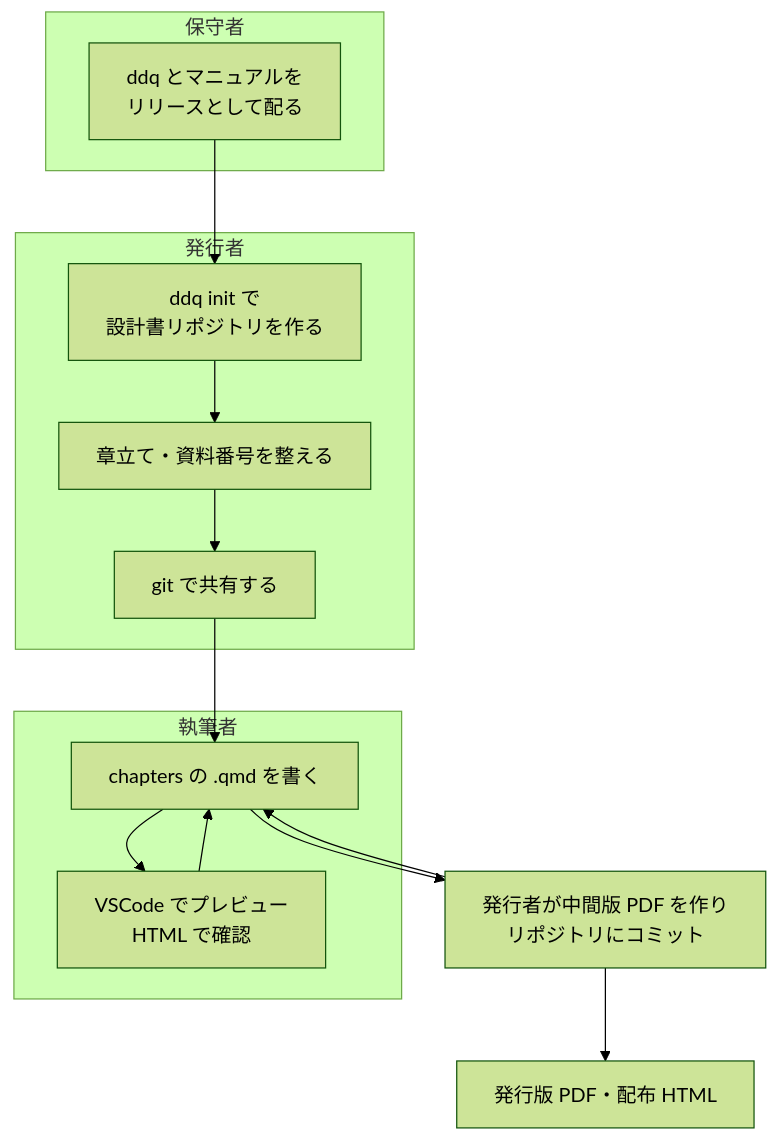
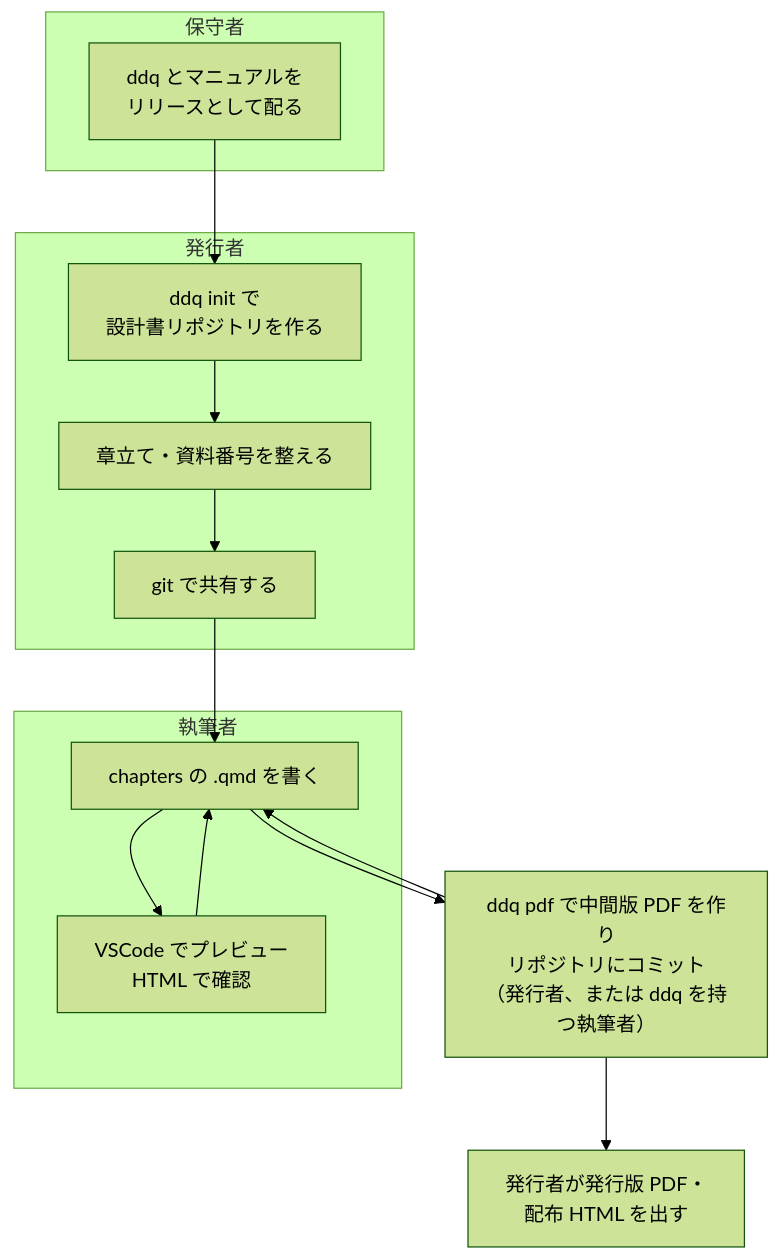
The diagram in manual/chapters/01-overview/04-flow.qmd (ramsesyok/ddq-template), drawn with Mermaid (forest theme) before and after one commit. The commit also changed other lines of this file and 8 other files, not shown here.

````diff
--- a/manual/chapters/01-overview/04-flow.qmd
+++ b/manual/chapters/01-overview/04-flow.qmd
@@ -7,19 +7,19 @@
 ```mermaid
 flowchart TD
   subgraph 保守者
     T[ddq とマニュアルを<br/>リリースとして配る]
   end
   T --> I
   subgraph 発行者
     I[ddq init で<br/>設計書リポジトリを作る] --> C[章立て・資料番号を整える]
     C --> G[git で共有する]
   end
   G --> W
   subgraph 執筆者
     W[chapters の .qmd を書く] --> P[VSCode でプレビュー<br/>HTML で確認]
     P --> W
   end
-  W --> M[発行者が中間版 PDF を作り<br/>リポジトリにコミット]
+  W --> M[ddq pdf で中間版 PDF を作り<br/>リポジトリにコミット<br/>（発行者、または ddq を持つ執筆者）]
   M --> W
-  M --> B[発行版 PDF・配布 HTML]
+  M --> B[発行者が発行版 PDF・<br/>配布 HTML を出す]
 ```
````
